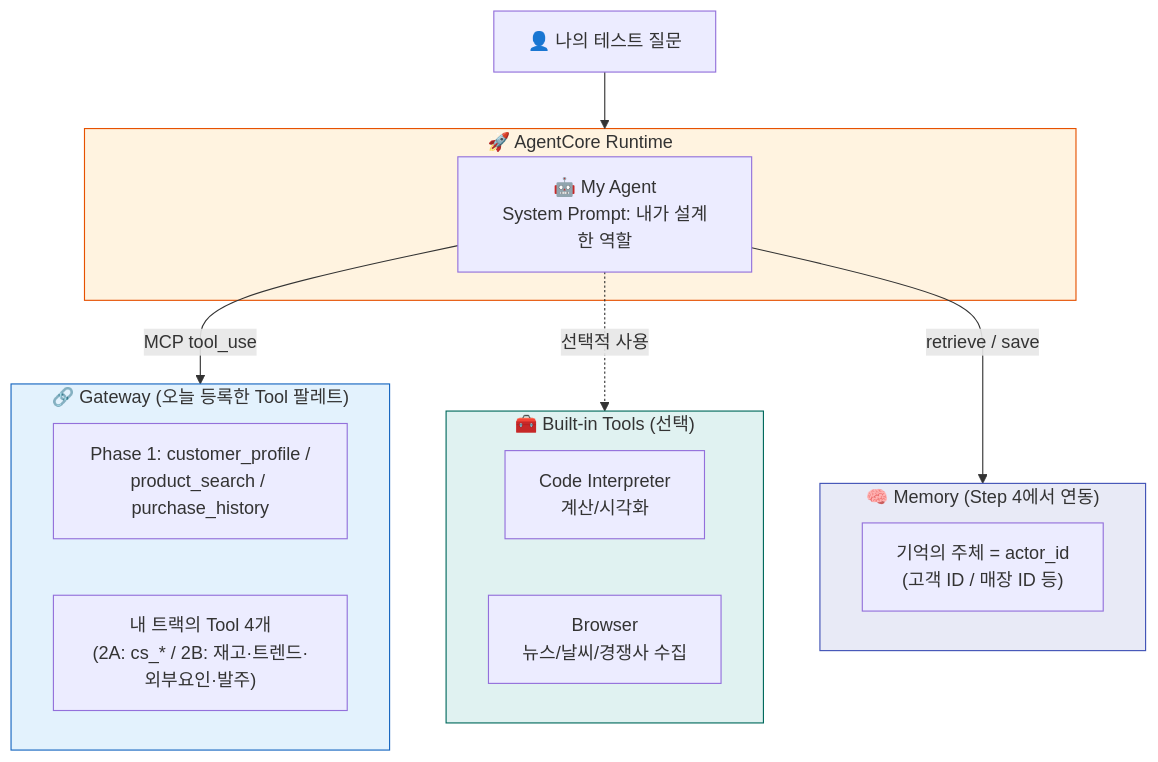
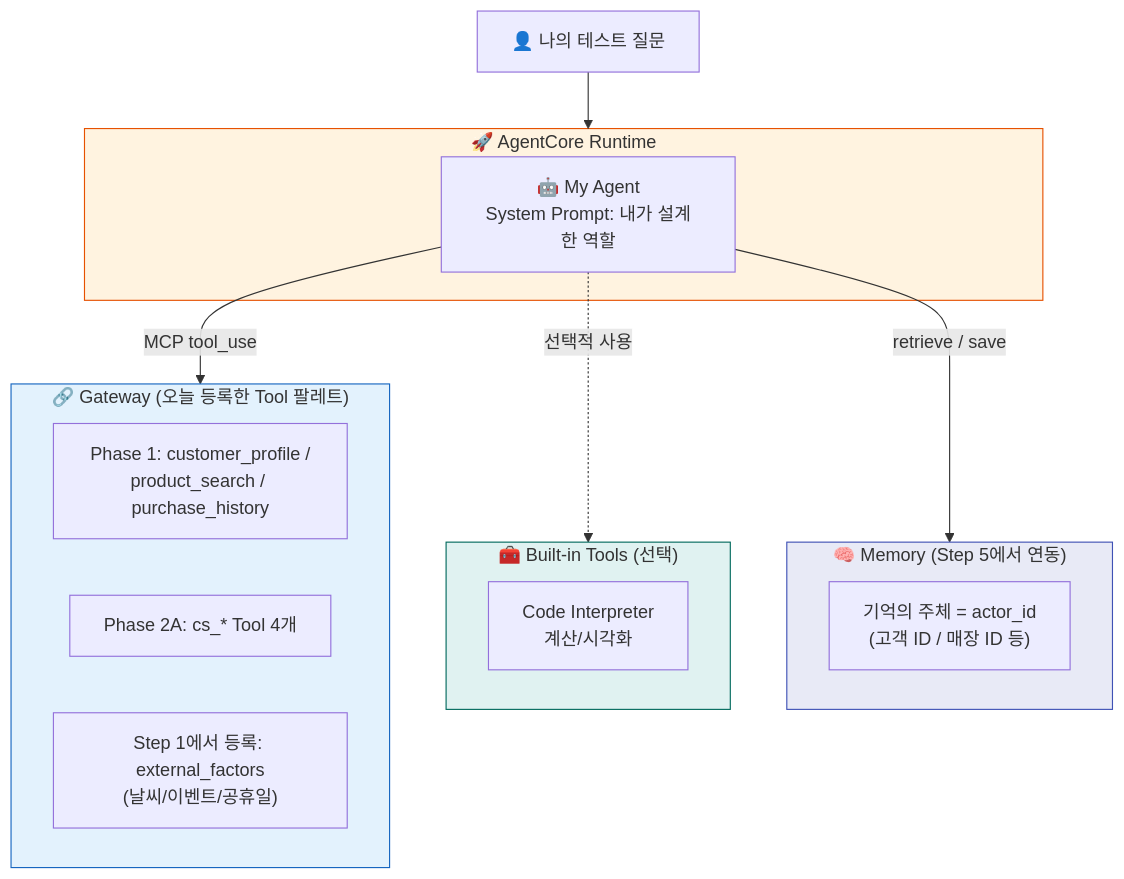
Before and after one commit to kjhyuok/rcg-agentcore-workshop-guide: the diagram in docs/phase3/index.md, drawn with Mermaid. The commit also changed other lines of this file and 20 other files, not shown here.

````diff
--- a/docs/phase3/index.md
+++ b/docs/phase3/index.md
@@ -30,32 +32,32 @@
 ```mermaid
 graph TB
     U["👤 나의 테스트 질문"]
 
     subgraph RT["🚀 AgentCore Runtime"]
         AG["🤖 My Agent<br/>System Prompt: 내가 설계한 역할"]
     end
 
     subgraph GW["🔗 Gateway (오늘 등록한 Tool 팔레트)"]
         T1["Phase 1: customer_profile /<br/>product_search / purchase_history"]
-        T2["내 트랙의 Tool 4개<br/>(2A: cs_* / 2B: 재고·트렌드·외부요인·발주)"]
+        T2["Phase 2A: cs_* Tool 4개"]
+        T3["Step 1에서 등록: external_factors<br/>(날씨/이벤트/공휴일)"]
     end
 
     subgraph BI["🧰 Built-in Tools (선택)"]
         CI["Code Interpreter<br/>계산/시각화"]
-        BR["Browser<br/>뉴스/날씨/경쟁사 수집"]
     end
 
-    subgraph ME["🧠 Memory (Step 4에서 연동)"]
+    subgraph ME["🧠 Memory (Step 5에서 연동)"]
         MR["기억의 주체 = actor_id<br/>(고객 ID / 매장 ID 등)"]
     end
 
     U --> RT
     AG -->|MCP tool_use| GW
     AG -.->|선택적 사용| BI
     AG -->|retrieve / save| ME
 
     style RT fill:#fff3e0,stroke:#e65100
     style GW fill:#e3f2fd,stroke:#1565c0
     style BI fill:#e0f2f1,stroke:#00695c
     style ME fill:#e8eaf6,stroke:#3f51b5
 ```
````
